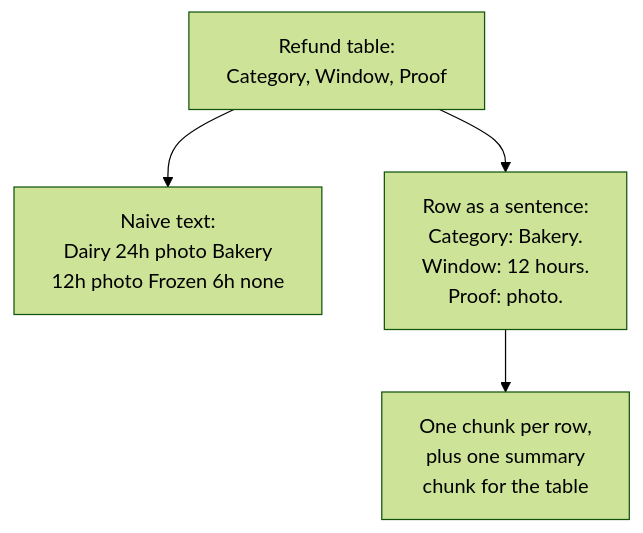
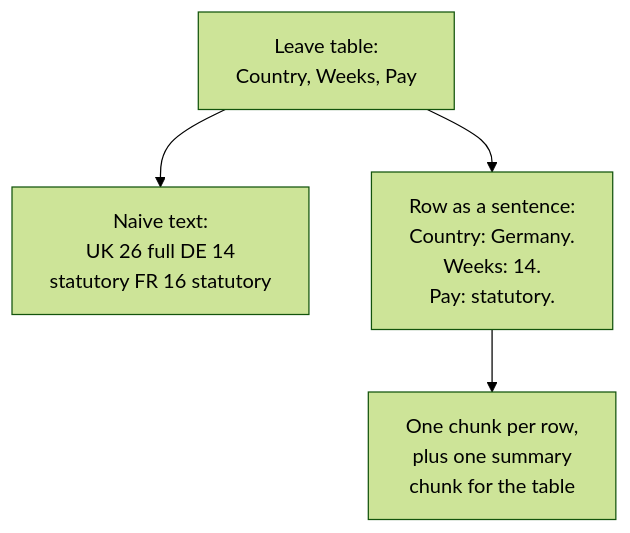
The eighth of 10 diagrams in src/Data/aiStackDocs/CH-04.md (shubamchaudhary/CodeNITW), drawn with Mermaid (forest theme) before and after one commit. The commit also changed other lines of this file and 32 other files, not shown here.

````diff
--- a/src/Data/aiStackDocs/CH-04.md
+++ b/src/Data/aiStackDocs/CH-04.md
@@ -174,6 +174,6 @@
 ```mermaid
 flowchart TB
-    T["Refund table:<br/>Category, Window, Proof"] --> BAD["Naive text:<br/>Dairy 24h photo Bakery<br/>12h photo Frozen 6h none"]
-    T --> GOOD["Row as a sentence:<br/>Category: Bakery.<br/>Window: 12 hours.<br/>Proof: photo."]
+    T["Leave table:<br/>Country, Weeks, Pay"] --> BAD["Naive text:<br/>UK 26 full DE 14<br/>statutory FR 16 statutory"]
+    T --> GOOD["Row as a sentence:<br/>Country: Germany.<br/>Weeks: 14.<br/>Pay: statutory."]
     GOOD --> IDX["One chunk per row,<br/>plus one summary<br/>chunk for the table"]
 ```
````
